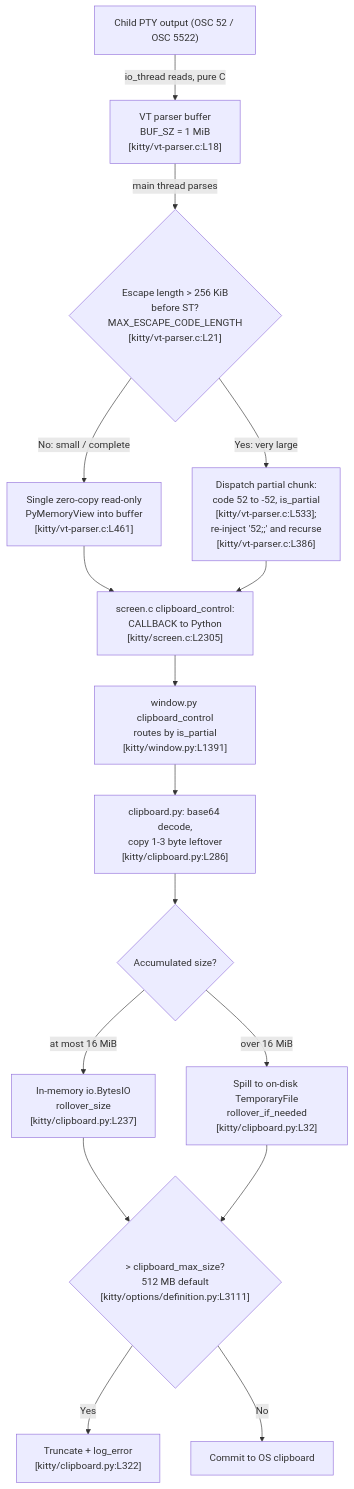
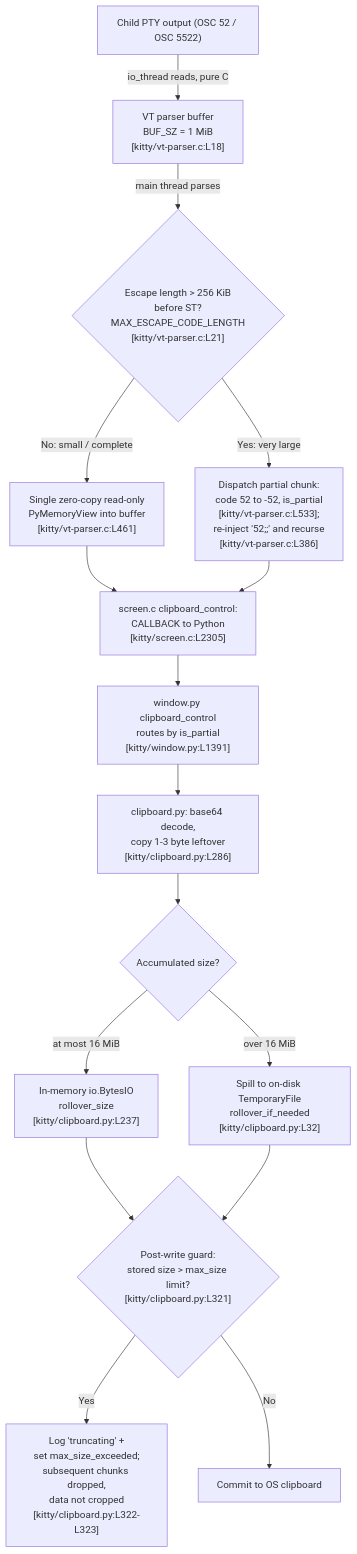
One commit to blitzy-research/kitty changed the diagram in blitzy/documentation/kitty_815df1e210e0.md. Above: the diagram before and after it, drawn with Mermaid. The commit also changed other lines of this file, not shown here.

First line of the commit message:
docs: address code-review findings in kitty C<->Python analysis

````diff
--- a/blitzy/documentation/kitty_815df1e210e0.md
+++ b/blitzy/documentation/kitty_815df1e210e0.md
@@ -237,18 +261,18 @@
 ```mermaid
 flowchart TD
     A["Child PTY output (OSC 52 / OSC 5522)"] -->|io_thread reads, pure C| B["VT parser buffer<br/>BUF_SZ = 1 MiB<br/>[kitty/vt-parser.c:L18]"]
     B -->|main thread parses| C{"Escape length > 256 KiB<br/>before ST?<br/>MAX_ESCAPE_CODE_LENGTH<br/>[kitty/vt-parser.c:L21]"}
     C -->|No: small / complete| D["Single zero-copy read-only<br/>PyMemoryView into buffer<br/>[kitty/vt-parser.c:L461]"]
     C -->|Yes: very large| E["Dispatch partial chunk:<br/>code 52 to -52, is_partial<br/>[kitty/vt-parser.c:L533];<br/>re-inject '52;;' and recurse<br/>[kitty/vt-parser.c:L386]"]
     D --> F["screen.c clipboard_control:<br/>CALLBACK to Python<br/>[kitty/screen.c:L2305]"]
     E --> F
     F --> G["window.py clipboard_control<br/>routes by is_partial<br/>[kitty/window.py:L1391]"]
     G --> H["clipboard.py: base64 decode,<br/>copy 1-3 byte leftover<br/>[kitty/clipboard.py:L286]"]
     H --> I{"Accumulated size?"}
     I -->|at most 16 MiB| J["In-memory io.BytesIO<br/>rollover_size<br/>[kitty/clipboard.py:L237]"]
     I -->|over 16 MiB| K["Spill to on-disk TemporaryFile<br/>rollover_if_needed<br/>[kitty/clipboard.py:L32]"]
-    J --> L{"> clipboard_max_size?<br/>512 MB default<br/>[kitty/options/definition.py:L3111]"}
+    J --> L{"Post-write guard:<br/>stored size > max_size limit?<br/>[kitty/clipboard.py:L321]"}
     K --> L
-    L -->|Yes| M["Truncate + log_error<br/>[kitty/clipboard.py:L322]"]
+    L -->|Yes| M["Log 'truncating' +<br/>set max_size_exceeded;<br/>subsequent chunks dropped,<br/>data not cropped<br/>[kitty/clipboard.py:L322-L323]"]
     L -->|No| N["Commit to OS clipboard"]
 ```
````
